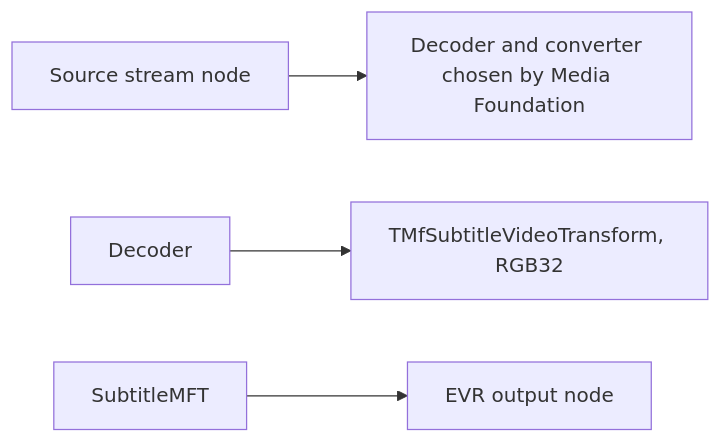
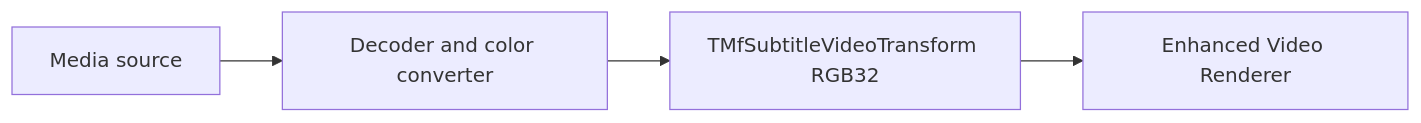
Before and after one commit to FactoryXCode/MfPack: the second of 5 diagrams in MfPack/Samples/MfPlayer X2/Docs/MfPlayer_X2_Architecture_and_Chromecast.md, drawn with Mermaid. The commit also changed other lines of this file and 26 other files, not shown here.

````diff
--- a/MfPack/Samples/MfPlayer X2/Docs/MfPlayer_X2_Architecture_and_Chromecast.md
+++ b/MfPack/Samples/MfPlayer X2/Docs/MfPlayer_X2_Architecture_and_Chromecast.md
@@ -293,6 +105,6 @@
 ```mermaid
 flowchart LR
-    Source\[Source stream node] --> Decoder\[Decoder and converter chosen by Media Foundation]
-    Decoder --> SubtitleMFT\[TMfSubtitleVideoTransform, RGB32]
-    SubtitleMFT --> EVR\[EVR output node]
+    Source[Media source] --> Decode[Decoder and color converter]
+    Decode --> MFT[TMfSubtitleVideoTransform RGB32]
+    MFT --> EVR[Enhanced Video Renderer]
 ```
````
